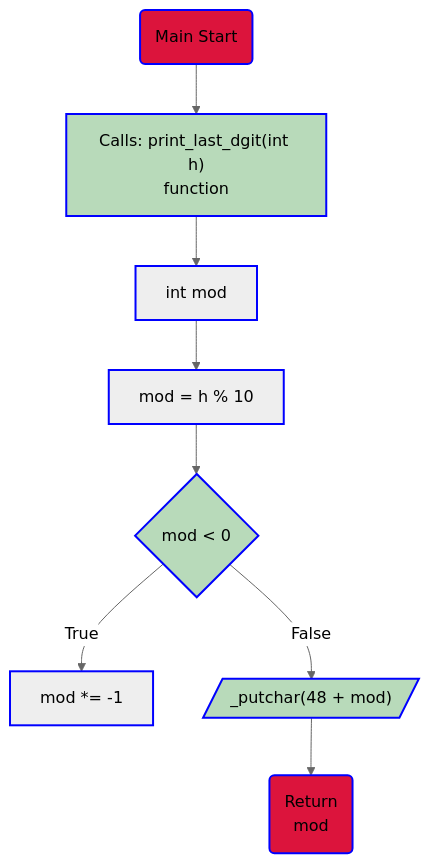
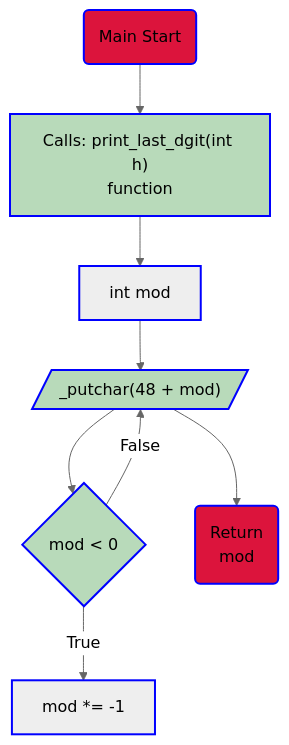
Before and after one commit to KevinYeff/holbertonschool-low_level_programming: the eighth of 9 diagrams in functions_nested_loops/README.md, drawn with Mermaid. The commit also changed other lines of this file, not shown here.

````diff
--- a/functions_nested_loops/README.md
+++ b/functions_nested_loops/README.md
@@ -396,21 +396,21 @@
 ```mermaid
 graph TD;
 Start(Main Start)-->Call["Calls: print_last_dgit(int h)<br>function"]
-Call-->Declare["int mod"]-->Operation["mod = h % 10"]
-Operation-->Condition{"mod < 0"}
-Condition--True-->Operation2["mod *= -1"]
+Call-->Declare["int mod"]-->Print["mod = h % 10"]
+Print-->Condition{"mod < 0"}
+Condition--True-->Print2["mod *= -1"]
 Condition--False-->Print[/"_putchar(48 + mod)"/]
 Print-->Return(Return<br>mod)
 
 style Start fill:crimson,stroke:blue,stroke-width:2px
 style Declare stroke:blue,stroke-width:2px
-style Operation stroke:blue,stroke-width:2px
-style Operation2 stroke:blue,stroke-width:2px
+style Print stroke:blue,stroke-width:2px
+style Print2 stroke:blue,stroke-width:2px
 style Call fill:#b8daba,stroke:blue,stroke-width:2px
 style Condition fill:#b8daba,stroke:blue,stroke-width:2px
 style Print fill:#b8daba,stroke:blue,stroke-width:2px
 style Return fill:crimson,stroke:blue,stroke-width:2px
 %%{init:{
     'theme': 'neutral'
 }}%%
 ```
````
